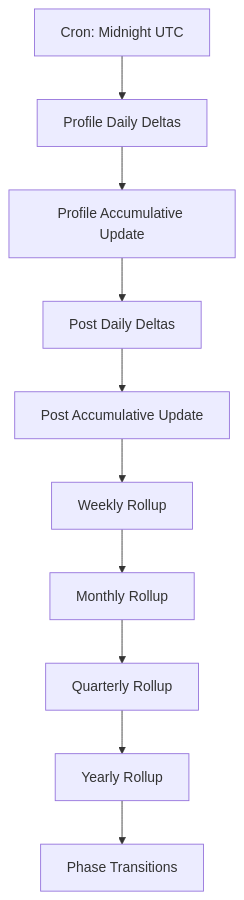
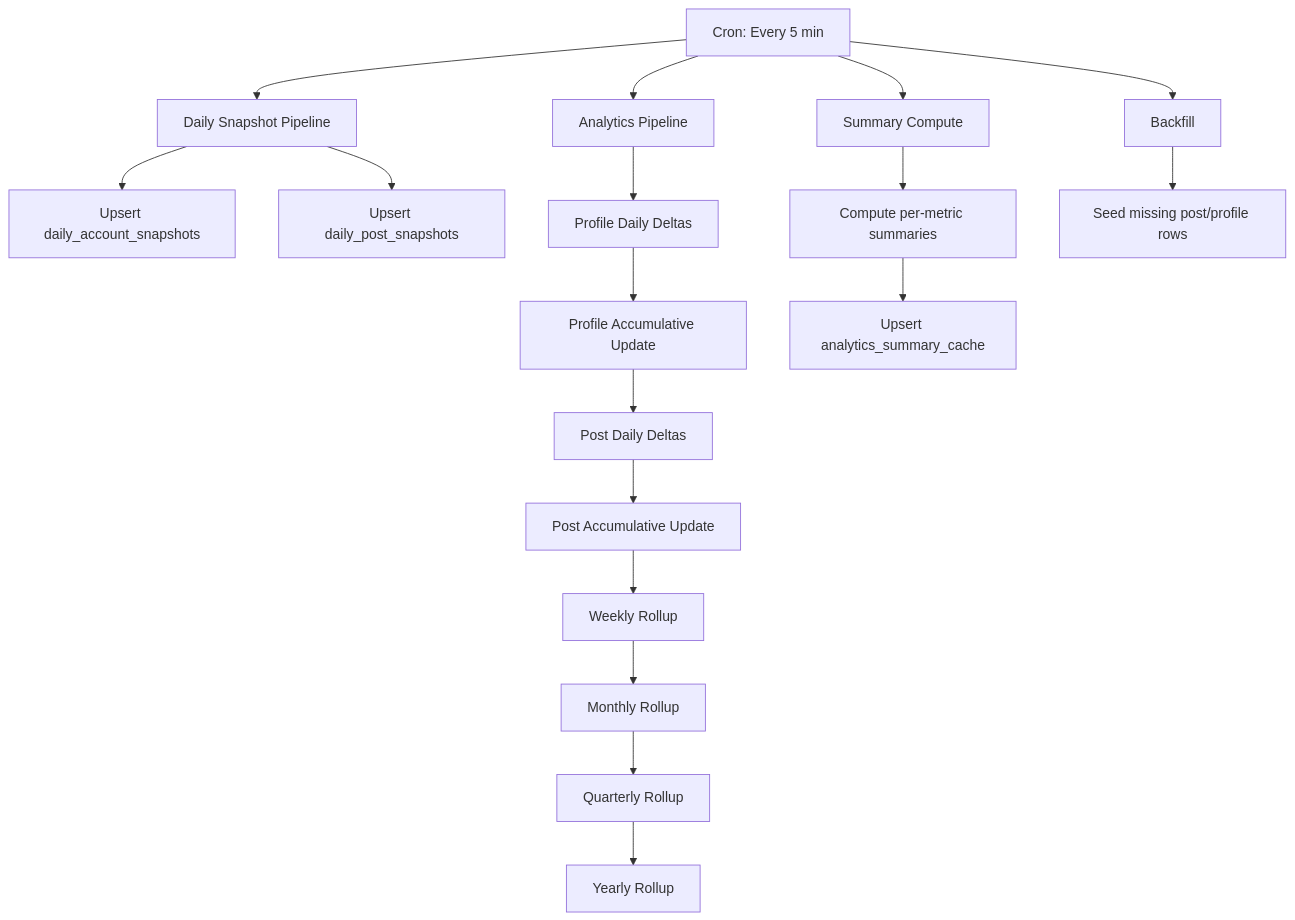
Before and after one commit to PiyushMalik01/chain-linked: the fifth of 5 diagrams in README.md, drawn with Mermaid. The commit also changed other lines of this file and 1 other file, not shown here.

Commit message:
docs: update README and CHANGELOG with analytics, infinite scroll, and performance changes
- README: analytics snapshot pipeline, absolute/delta data table, infinite scroll,
  DB indexes, updated Inngest workflow table and analytics pipeline diagram,
  corrected git clone URL, updated workflow counts
- CHANGELOG: documented all fixes from this session including PostHog noise,
  middleware timeout reduction, inspiration infinite scroll, CSS animation swap

````diff
--- a/README.md
+++ b/README.md
@@ -361,12 +368,24 @@
 ```mermaid
 graph TB
-    A[Cron: Midnight UTC] --> B[Profile Daily Deltas]
-    B --> C[Profile Accumulative Update]
-    C --> D[Post Daily Deltas]
-    D --> E[Post Accumulative Update]
-    E --> F[Weekly Rollup]
-    F --> G[Monthly Rollup]
-    G --> H[Quarterly Rollup]
-    H --> I[Yearly Rollup]
-    I --> J[Phase Transitions]
+    A[Cron: Every 5 min] --> B1[Daily Snapshot Pipeline]
+    A --> B2[Analytics Pipeline]
+    A --> B3[Summary Compute]
+    A --> B4[Backfill]
+
+    B1 --> S1[Upsert daily_account_snapshots]
+    B1 --> S2[Upsert daily_post_snapshots]
+
+    B2 --> D1[Profile Daily Deltas]
+    D1 --> D2[Profile Accumulative Update]
+    D2 --> D3[Post Daily Deltas]
+    D3 --> D4[Post Accumulative Update]
+    D4 --> D5[Weekly Rollup]
+    D5 --> D6[Monthly Rollup]
+    D6 --> D7[Quarterly Rollup]
+    D7 --> D8[Yearly Rollup]
+
+    B3 --> C1[Compute per-metric summaries]
+    C1 --> C2[Upsert analytics_summary_cache]
+
+    B4 --> F1[Seed missing post/profile rows]
 ```
````
